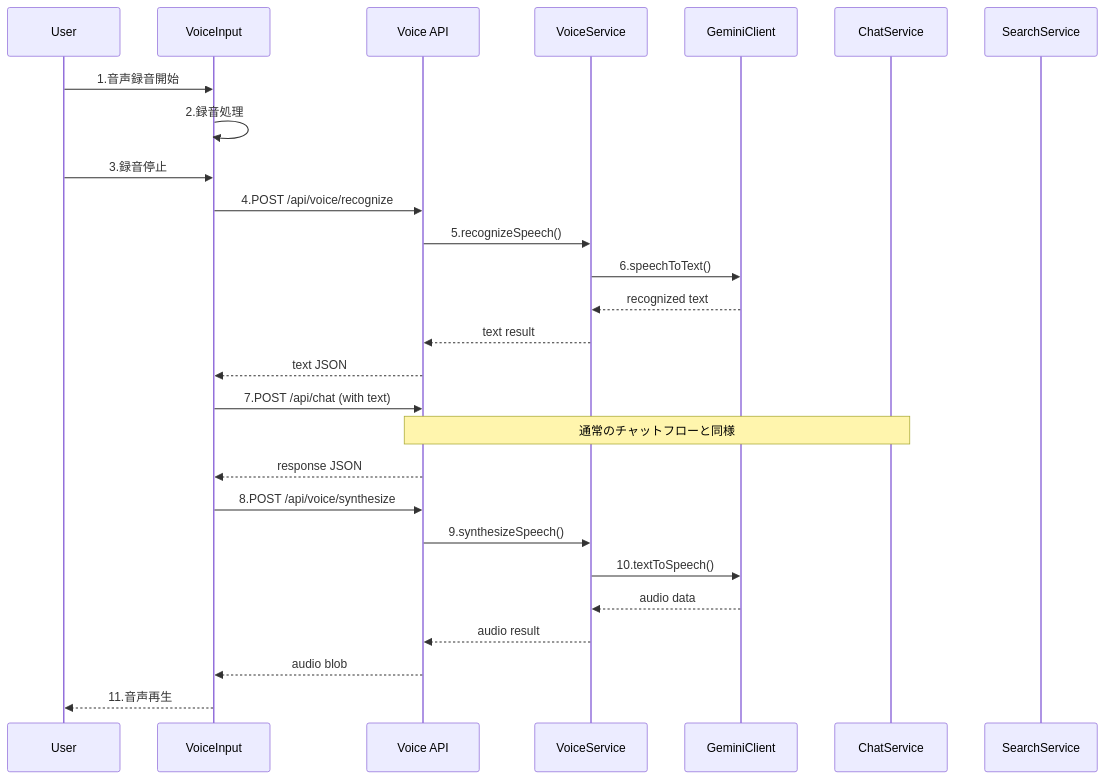
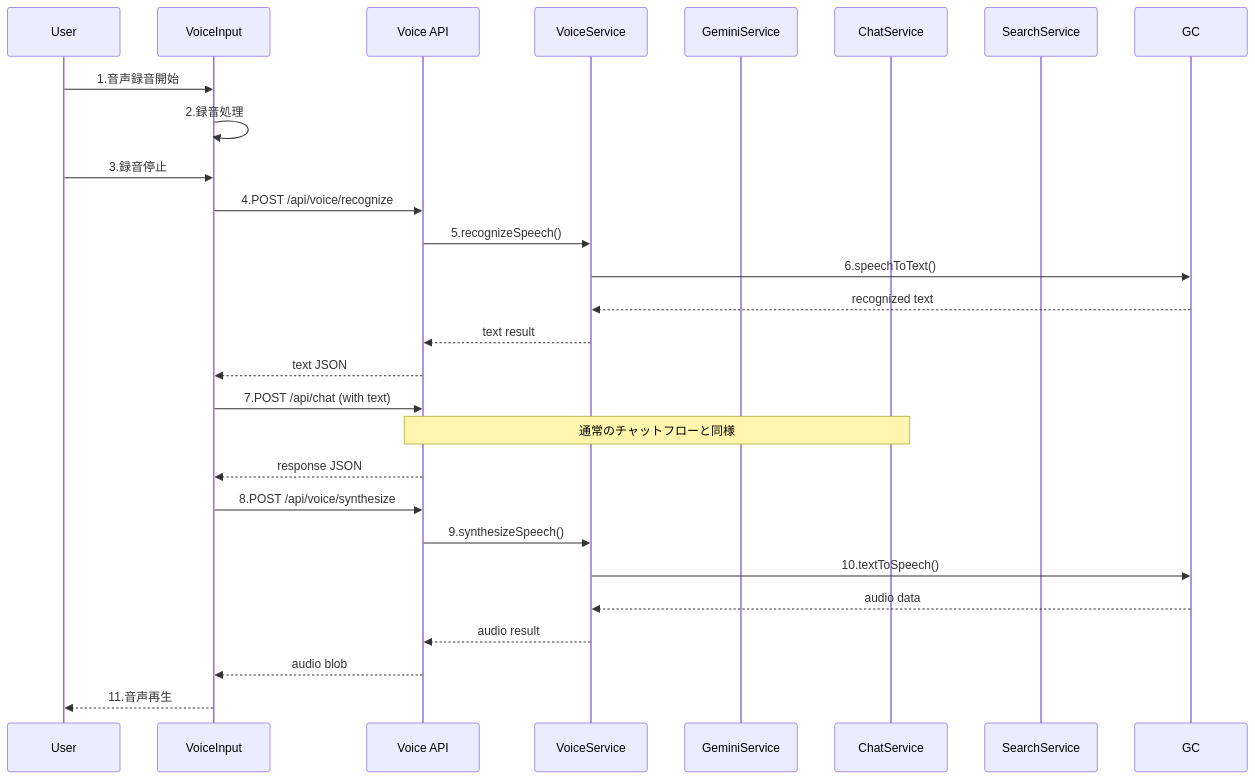
The second of 5 diagrams in Documents/detailed-design.md (WLONEGI/TokyoOpenDataHackathon), drawn with Mermaid before and after one commit. The commit also changed other lines of this file and 201 other files, not shown here.

````diff
--- a/Documents/detailed-design.md
+++ b/Documents/detailed-design.md
@@ -258,32 +390,32 @@
 ```mermaid
 sequenceDiagram
     participant U as User
     participant UI as VoiceInput
     participant API as Voice API
     participant VS as VoiceService
-    participant GC as GeminiClient
+    participant GS as GeminiService
     participant CS as ChatService
     participant SS as SearchService
 
     U->>UI: 1.音声録音開始
     UI->>UI: 2.録音処理
     U->>UI: 3.録音停止
     UI->>API: 4.POST /api/voice/recognize
     API->>VS: 5.recognizeSpeech()
     VS->>GC: 6.speechToText()
     GC-->>VS: recognized text
     VS-->>API: text result
     API-->>UI: text JSON
     
     UI->>API: 7.POST /api/chat (with text)
     Note over API,CS: 通常のチャットフローと同様
     API-->>UI: response JSON
     
     UI->>API: 8.POST /api/voice/synthesize
     API->>VS: 9.synthesizeSpeech()
     VS->>GC: 10.textToSpeech()
     GC-->>VS: audio data
     VS-->>API: audio result
     API-->>UI: audio blob
     UI-->>U: 11.音声再生
 ```
````
